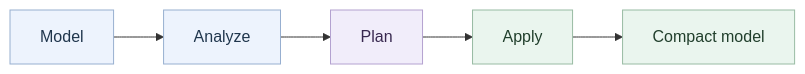
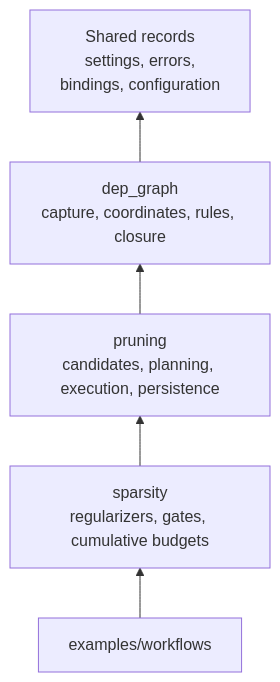
The first of 2 diagrams in docs/development/architecture.md (ZaberKo/torch-kirigami), drawn with Mermaid before and after one commit. The commit also changed other lines of this file and 46 other files, not shown here.

````diff
--- a/docs/development/architecture.md
+++ b/docs/development/architecture.md
@@ -13,10 +13,12 @@
 ```mermaid
-flowchart LR
-    model["Model"] --> analysis["Analyze"] --> planning["Plan"] --> changes["Apply"] --> compact["Compact model"]
-    classDef analysis fill:#edf3fd,stroke:#97afd0,color:#20364d
-    classDef planning fill:#f1edfa,stroke:#b4a2d0,color:#38284f
-    classDef mutation fill:#eaf5ee,stroke:#98bba3,color:#213f2c
-    class model,analysis analysis
-    class planning planning
-    class changes,compact mutation
+flowchart BT
+    Base["Shared records<br/>settings, errors,<br/>bindings, configuration"]
+    Dep["dep_graph<br/>capture, coordinates, rules, closure"]
+    Prune["pruning<br/>candidates, planning, execution, persistence"]
+    Sparse["sparsity<br/>regularizers, gates, cumulative budgets"]
+    Work["examples/workflows"]
+    Dep --> Base
+    Prune --> Dep
+    Sparse --> Prune
+    Work --> Sparse
 ```
````
